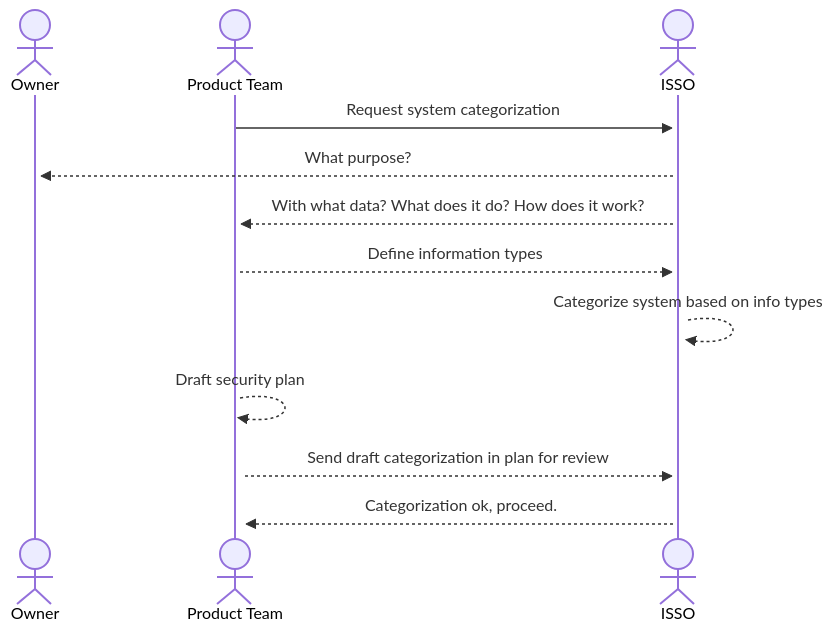
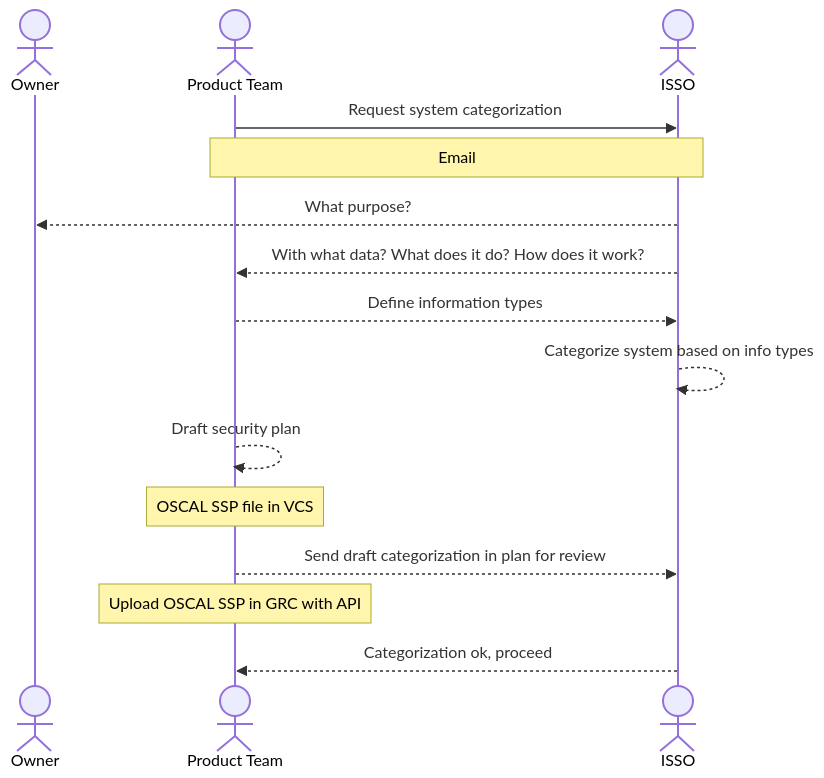
One commit to aj-stein-nist/oscal-2023-workshop changed the diagram in docs/support/rmf2_categorize.mermaid. Above: the diagram before and after it, drawn with Mermaid. The commit also changed 4 other files, not shown here.

Commit message:
System diagram replaced with mermaid

```diff
--- a/docs/support/rmf2_categorize.mermaid
+++ b/docs/support/rmf2_categorize.mermaid
@@ -1,12 +1,15 @@
 sequenceDiagram
     actor Owner
     actor Product Team
     actor ISSO
-    Product Team->>+ISSO: Request system categorization
-    ISSO-->>+Owner: What purpose?
-    ISSO-->>+Product Team: With what data? What does it do? How does it work?
-    Product Team-->>+ISSO: Define information types
-    ISSO-->>+ISSO: Categorize system based on info types
-    Product Team-->>+Product Team: Draft security plan
-    Product Team-->>+ISSO: Send draft categorization in plan for review
-    ISSO-->>+Product Team: Categorization ok, proceed.
+    Product Team->>ISSO: Request system categorization
+    Note over Product Team,ISSO: Email
+    ISSO-->>Owner: What purpose?
+    ISSO-->>Product Team: With what data? What does it do? How does it work?
+    Product Team-->>ISSO: Define information types
+    ISSO-->>ISSO: Categorize system based on info types
+    Product Team-->>Product Team: Draft security plan
+    Note over Product Team: OSCAL SSP file in VCS
+    Product Team-->>ISSO: Send draft categorization in plan for review
+    Note over Product Team: Upload OSCAL SSP in GRC with API
+    ISSO-->>Product Team: Categorization ok, proceed
```
